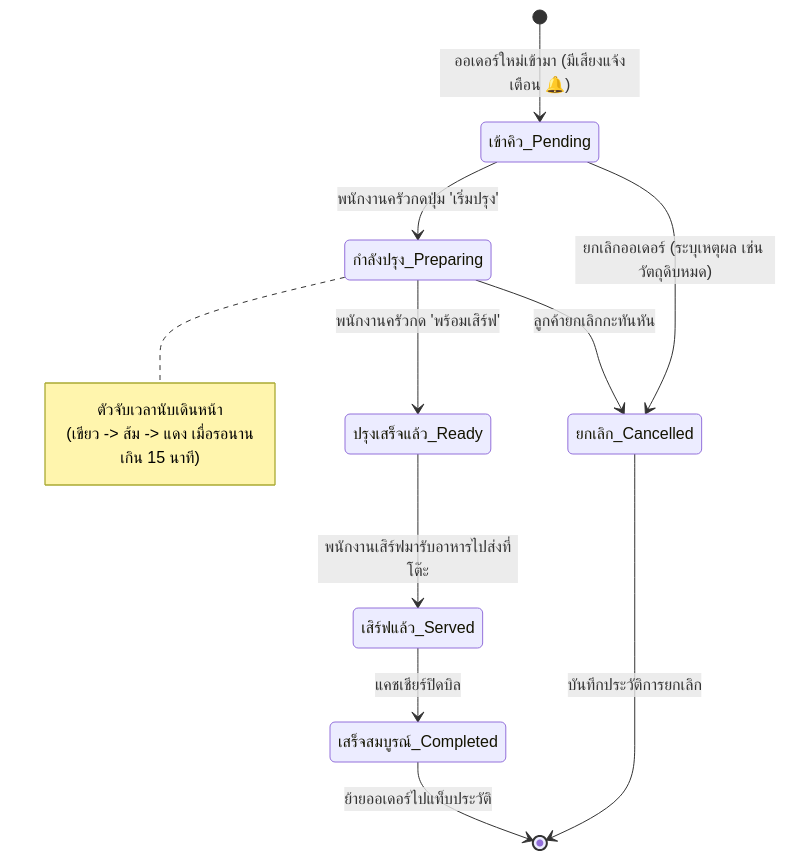
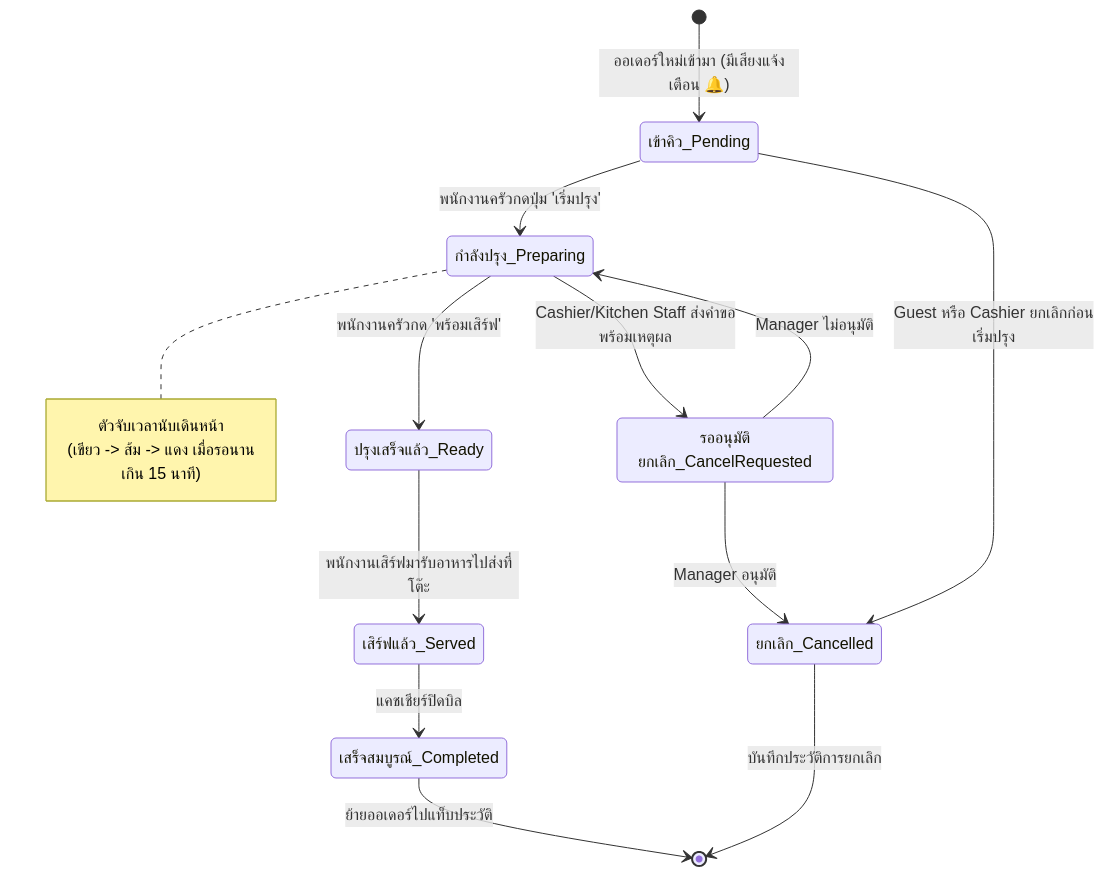
The fifth of 10 diagrams in USERFLOW.md (landmark-168/1101911), drawn with Mermaid before and after one commit. The commit also changed other lines of this file and 5 other files, not shown here.

````diff
--- a/USERFLOW.md
+++ b/USERFLOW.md
@@ -168,21 +173,23 @@
 ```mermaid
 stateDiagram-v2
     [*] --> เข้าคิว_Pending: ออเดอร์ใหม่เข้ามา (มีเสียงแจ้งเตือน 🔔)
     
     เข้าคิว_Pending --> กำลังปรุง_Preparing: พนักงานครัวกดปุ่ม 'เริ่มปรุง'
     note right of กำลังปรุง_Preparing
         ตัวจับเวลานับเดินหน้า
         (เขียว -> ส้ม -> แดง เมื่อรอนานเกิน 15 นาที)
     end note
 
     กำลังปรุง_Preparing --> ปรุงเสร็จแล้ว_Ready: พนักงานครัวกด 'พร้อมเสิร์ฟ'
     
     ปรุงเสร็จแล้ว_Ready --> เสิร์ฟแล้ว_Served: พนักงานเสิร์ฟมารับอาหารไปส่งที่โต๊ะ
     
-    เข้าคิว_Pending --> ยกเลิก_Cancelled: ยกเลิกออเดอร์ (ระบุเหตุผล เช่น วัตถุดิบหมด)
-    กำลังปรุง_Preparing --> ยกเลิก_Cancelled: ลูกค้ายกเลิกกะทันหัน
+    เข้าคิว_Pending --> ยกเลิก_Cancelled: Guest หรือ Cashier ยกเลิกก่อนเริ่มปรุง
+    กำลังปรุง_Preparing --> รออนุมัติยกเลิก_CancelRequested: Cashier/Kitchen Staff ส่งคำขอพร้อมเหตุผล
+    รออนุมัติยกเลิก_CancelRequested --> ยกเลิก_Cancelled: Manager อนุมัติ
+    รออนุมัติยกเลิก_CancelRequested --> กำลังปรุง_Preparing: Manager ไม่อนุมัติ
     
     เสิร์ฟแล้ว_Served --> เสร็จสมบูรณ์_Completed: แคชเชียร์ปิดบิล
     เสร็จสมบูรณ์_Completed --> [*]: ย้ายออเดอร์ไปแท็บประวัติ
     ยกเลิก_Cancelled --> [*]: บันทึกประวัติการยกเลิก
 ```
````
